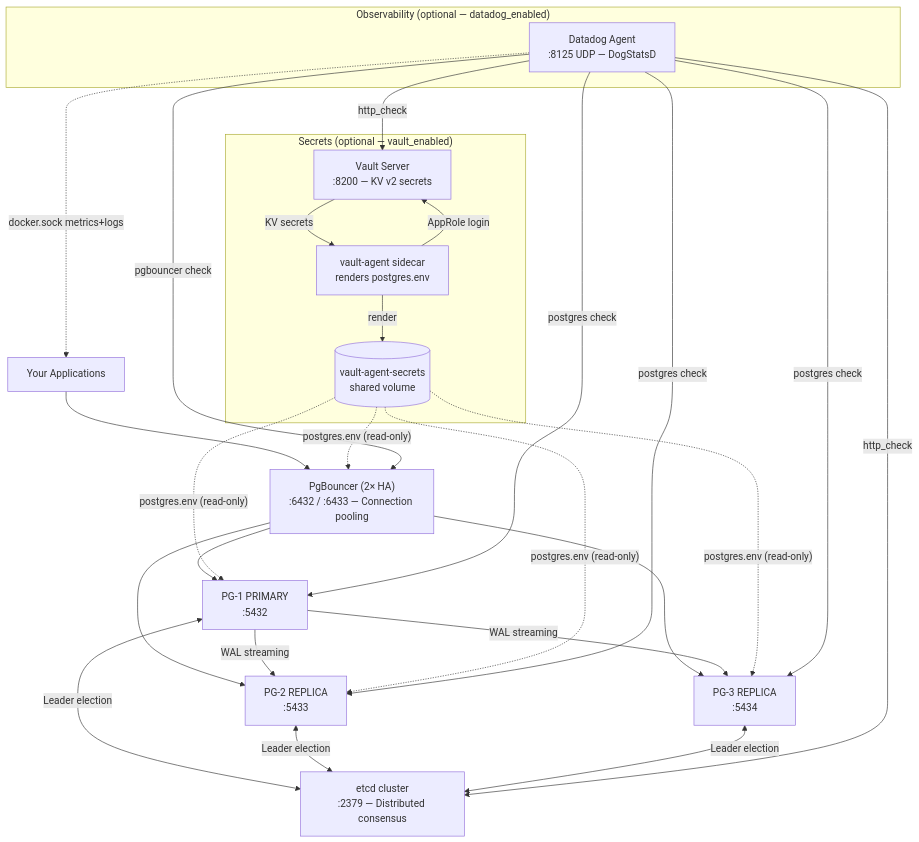
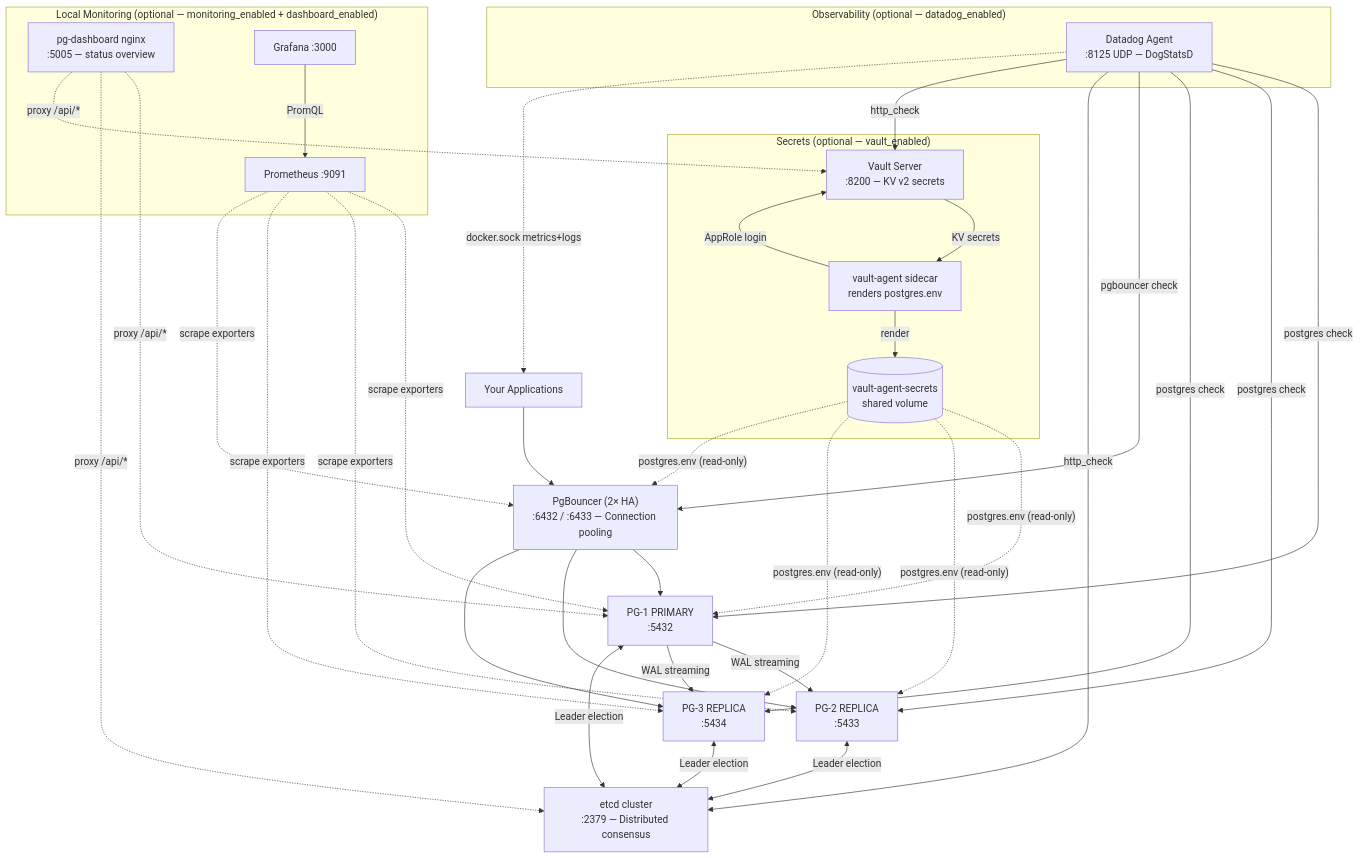
One commit to venkatajangala/terraform-docker-container-postgres changed the diagram in docs/getting-started/02-NEW-USER-GUIDE.md. Above: the diagram before and after it, drawn with Mermaid. The commit also changed other lines of this file and 21 other files, not shown here.

First line of the commit message:
feat: add local monitoring stack (Prometheus + Grafana + nginx dashboard)

````diff
--- a/docs/getting-started/02-NEW-USER-GUIDE.md
+++ b/docs/getting-started/02-NEW-USER-GUIDE.md
@@ -9,33 +9,43 @@
 ```mermaid
 graph TD
     APP["Your Applications"]
     PGB["PgBouncer (2× HA)<br/>:6432 / :6433 — Connection pooling"]
     PG1["PG-1 PRIMARY<br/>:5432"]
     PG2["PG-2 REPLICA<br/>:5433"]
     PG3["PG-3 REPLICA<br/>:5434"]
     ETCD["etcd cluster<br/>:2379 — Distributed consensus"]
 
     subgraph SECRETS["Secrets (optional — vault_enabled)"]
         VAULT["Vault Server<br/>:8200 — KV v2 secrets"]
         AGENT["vault-agent sidecar<br/>renders postgres.env"]
         SVOL[("vault-agent-secrets\nshared volume")]
     end
 
     subgraph OBS["Observability (optional — datadog_enabled)"]
         DD["Datadog Agent<br/>:8125 UDP — DogStatsD"]
     end
 
+    subgraph MON["Local Monitoring (optional — monitoring_enabled + dashboard_enabled)"]
+        DASH["pg-dashboard nginx<br/>:5005 — status overview"]
+        PROM["Prometheus :9091"]
+        GRAF["Grafana :3000"]
+    end
+
     APP --> PGB
     PGB --> PG1 & PG2 & PG3
     PG1 -->|"WAL streaming"| PG2 & PG3
     PG1 & PG2 & PG3 <-->|"Leader election"| ETCD
     AGENT -->|"AppRole login"| VAULT
     VAULT -->|"KV secrets"| AGENT
     AGENT -->|"render"| SVOL
     SVOL -. "postgres.env (read-only)" .-> PG1 & PG2 & PG3
     SVOL -. "postgres.env (read-only)" .-> PGB
     DD -->|"postgres check"| PG1 & PG2 & PG3
     DD -->|"pgbouncer check"| PGB
     DD -->|"http_check"| ETCD & VAULT
     DD -. "docker.sock metrics+logs" .-> APP
+    PROM -. "scrape exporters" .-> PG1 & PG2 & PG3
+    PROM -. "scrape exporters" .-> PGB
+    GRAF -->|"PromQL"| PROM
+    DASH -. "proxy /api/*" .-> PG1 & ETCD & VAULT
 ```
````
